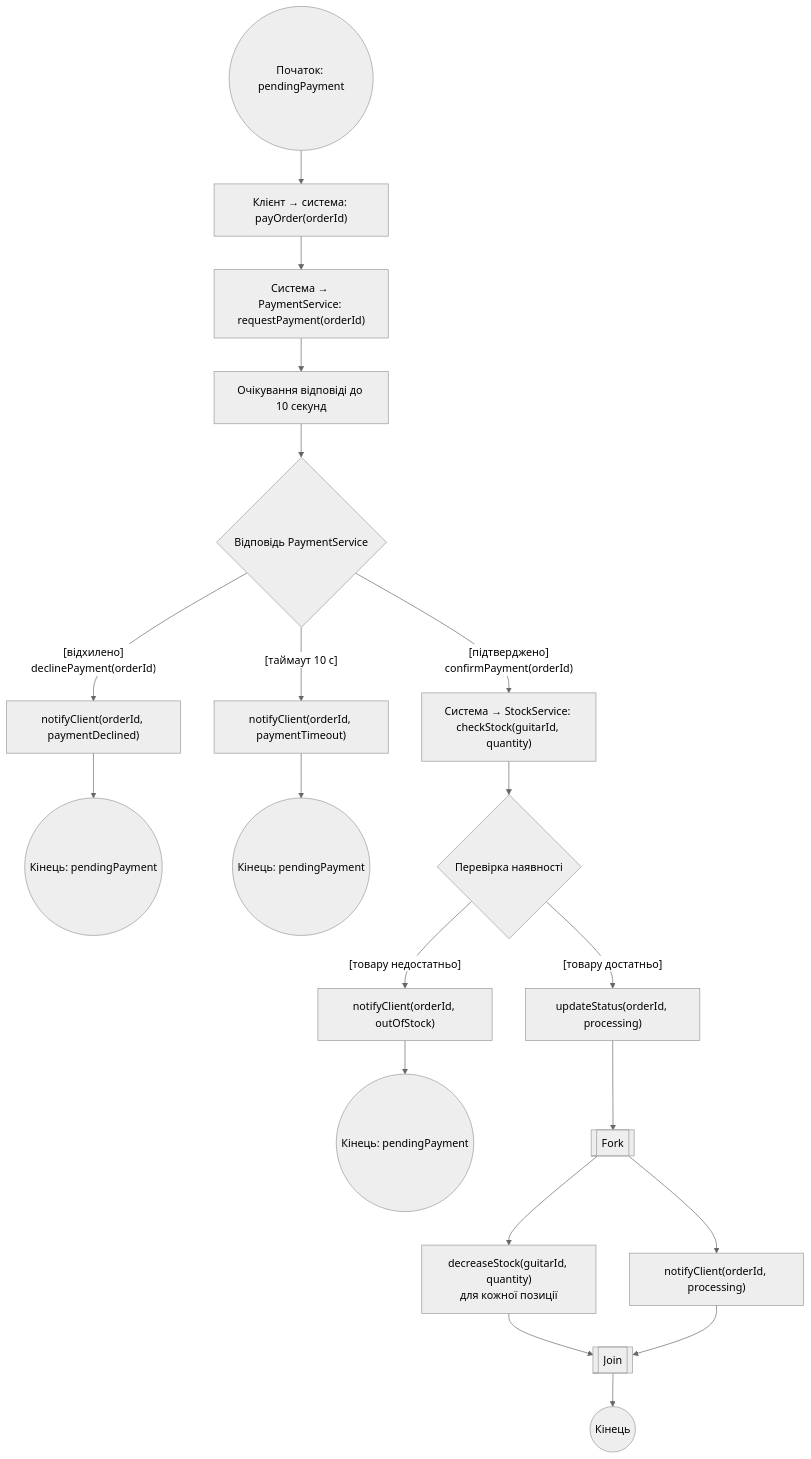
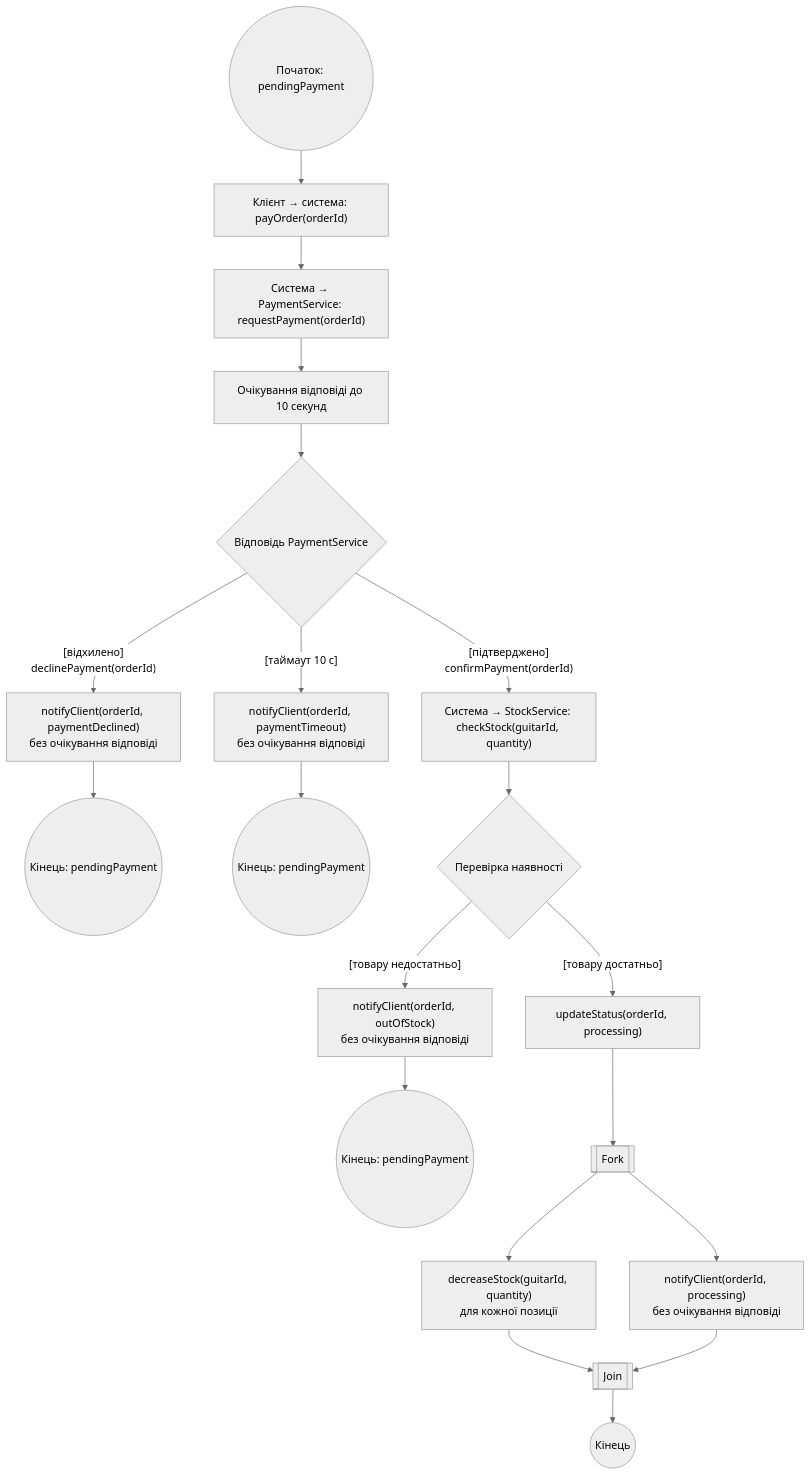
The diagram in lab4/activity-diagram.md (skhtrntyjt/KPI2), drawn with Mermaid (neutral theme) before and after one commit.

````diff
--- a/lab4/activity-diagram.md
+++ b/lab4/activity-diagram.md
@@ -1,29 +1,29 @@
 ```mermaid
 flowchart TD
     Start((Початок: pendingPayment)) --> PayOrder["Клієнт → система: payOrder(orderId)"]
     PayOrder --> ReqPay["Система → PaymentService: requestPayment(orderId)"]
     ReqPay --> Wait["Очікування відповіді до 10 секунд"]
     Wait --> DecPay{"Відповідь PaymentService"}
 
     DecPay -->|"[підтверджено]<br/>confirmPayment(orderId)"| CheckStock["Система → StockService: checkStock(guitarId, quantity)"]
-    DecPay -->|"[відхилено]<br/>declinePayment(orderId)"| NotifyDeclined["notifyClient(orderId, paymentDeclined)"]
-    DecPay -->|"[таймаут 10 с]"| NotifyTimeout["notifyClient(orderId, paymentTimeout)"]
+    DecPay -->|"[відхилено]<br/>declinePayment(orderId)"| NotifyDeclined["notifyClient(orderId, paymentDeclined)<br/>без очікування відповіді"]
+    DecPay -->|"[таймаут 10 с]"| NotifyTimeout["notifyClient(orderId, paymentTimeout)<br/>без очікування відповіді"]
 
     NotifyDeclined --> EndDeclined((Кінець: pendingPayment))
     NotifyTimeout --> EndTimeout((Кінець: pendingPayment))
 
     CheckStock --> DecStock{"Перевірка наявності"}
-    DecStock -->|"[товару недостатньо]"| NotifyOutOfStock["notifyClient(orderId, outOfStock)"]
+    DecStock -->|"[товару недостатньо]"| NotifyOutOfStock["notifyClient(orderId, outOfStock)<br/>без очікування відповіді"]
     NotifyOutOfStock --> EndOutOfStock((Кінець: pendingPayment))
 
     DecStock -->|"[товару достатньо]"| UpdateStatus["updateStatus(orderId, processing)"]
     UpdateStatus --> Fork[["Fork"]]
 
     Fork --> DecrStock["decreaseStock(guitarId, quantity)<br/>для кожної позиції"]
-    Fork --> NotifyProc["notifyClient(orderId, processing)"]
+    Fork --> NotifyProc["notifyClient(orderId, processing)<br/>без очікування відповіді"]
 
     DecrStock --> Join[["Join"]]
     NotifyProc --> Join
 
     Join --> EndSuccess((Кінець))
 ```
````
